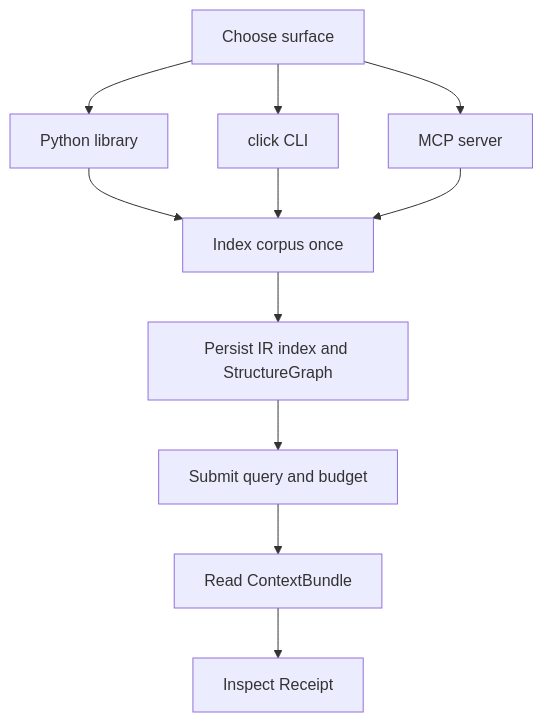
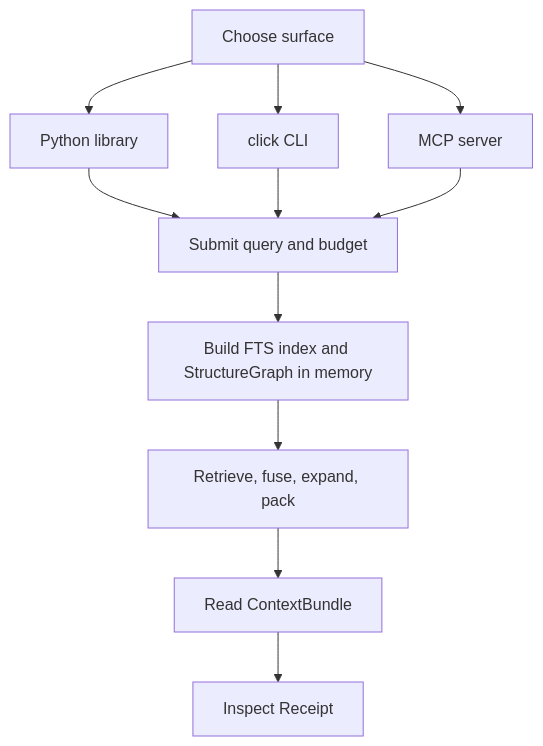
Before and after one commit to Mathews-Tom/omnex: the fifth of 6 diagrams in docs/system-design.md, drawn with Mermaid. The commit also changed other lines of this file, not shown here.

````diff
--- a/docs/system-design.md
+++ b/docs/system-design.md
@@ -320,20 +320,20 @@
 ```mermaid
 flowchart TD
     A[Choose surface]
     B[Python library]
     C[click CLI]
     D[MCP server]
-    E[Index corpus once]
-    F[Persist IR index and StructureGraph]
-    G[Submit query and budget]
+    E[Submit query and budget]
+    F[Build FTS index and StructureGraph in memory]
+    G[Retrieve, fuse, expand, pack]
     H[Read ContextBundle]
     I[Inspect Receipt]
 
     A --> B
     A --> C
     A --> D
     B --> E
     C --> E
     D --> E
     E --> F --> G --> H --> I
 ```
````
